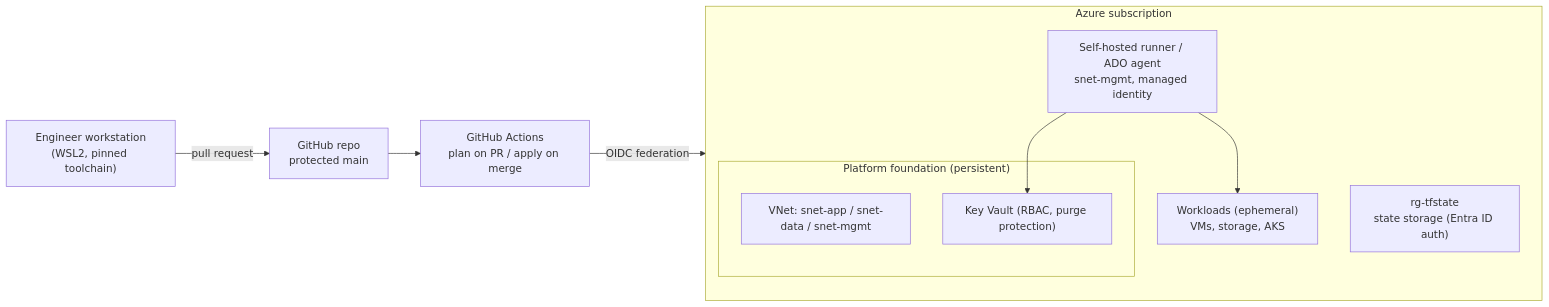
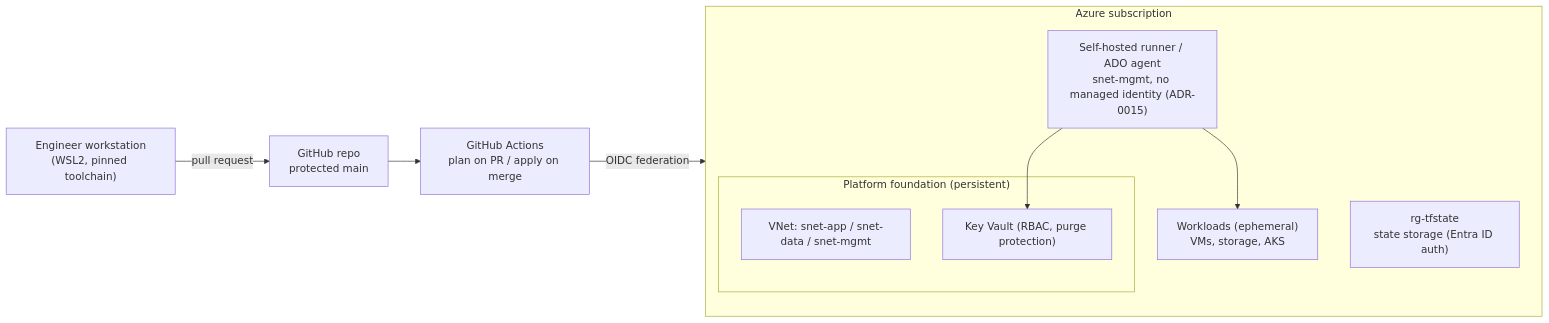
One commit to teegalaajay/azure-platform-engineering changed the diagram in README.md. Above: the diagram before and after it, drawn with Mermaid. The commit also changed other lines of this file and 22 other files, not shown here.

First line of the commit message:
feat(runner): self-hosted runner and apply on merge (#19)

````diff
--- a/README.md
+++ b/README.md
@@ -26,17 +26,17 @@
 ```mermaid
 flowchart LR
   dev["Engineer workstation<br/>(WSL2, pinned toolchain)"] -->|pull request| gh["GitHub repo<br/>protected main"]
   gh --> gha["GitHub Actions<br/>plan on PR / apply on merge"]
   gha -->|OIDC federation| az
   subgraph az["Azure subscription"]
     state["rg-tfstate<br/>state storage (Entra ID auth)"]
     subgraph found["Platform foundation (persistent)"]
       vnet["VNet: snet-app / snet-data / snet-mgmt"]
       kv["Key Vault (RBAC, purge protection)"]
     end
-    runner["Self-hosted runner / ADO agent<br/>snet-mgmt, managed identity"]
+    runner["Self-hosted runner / ADO agent<br/>snet-mgmt, no managed identity (ADR-0015)"]
     wl["Workloads (ephemeral)<br/>VMs, storage, AKS"]
   end
   runner --> wl
   runner --> kv
 ```
````
